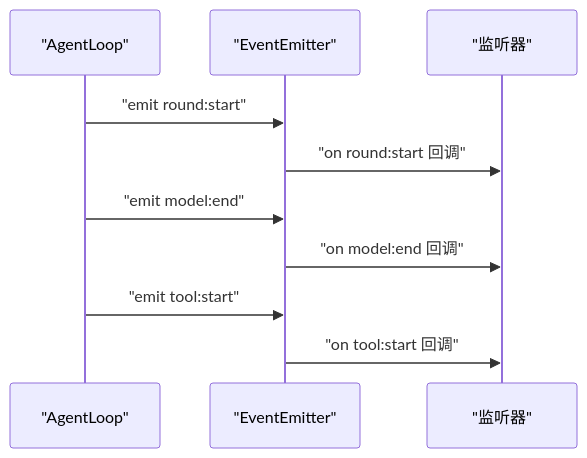
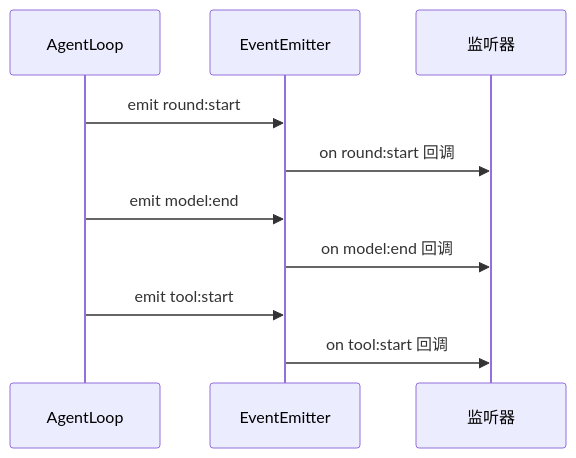
One commit to Shyu-x/frontend-interview changed the sixth of 9 diagrams in docs/agent/harness/build-mini-harness.md. Above: the diagram before and after it, drawn with Mermaid. The commit also changed other lines of this file and 23 other files, not shown here.

First line of the commit message:
fix(docs): 修复 28 张无法渲染的 Mermaid 图，新增真实解析器校验与 PDF 下载页

````diff
--- a/docs/agent/harness/build-mini-harness.md
+++ b/docs/agent/harness/build-mini-harness.md
@@ -674,12 +674,12 @@
 ```mermaid
 sequenceDiagram
-  participant L as "AgentLoop"
-  participant E as "EventEmitter"
-  participant O as "监听器"
-  L->>E: "emit round:start"
-  E->>O: "on round:start 回调"
-  L->>E: "emit model:end"
-  E->>O: "on model:end 回调"
-  L->>E: "emit tool:start"
-  E->>O: "on tool:start 回调"
+  participant L as AgentLoop
+  participant E as EventEmitter
+  participant O as 监听器
+  L->>E: emit round:start
+  E->>O: on round:start 回调
+  L->>E: emit model:end
+  E->>O: on model:end 回调
+  L->>E: emit tool:start
+  E->>O: on tool:start 回调
 ```
````
